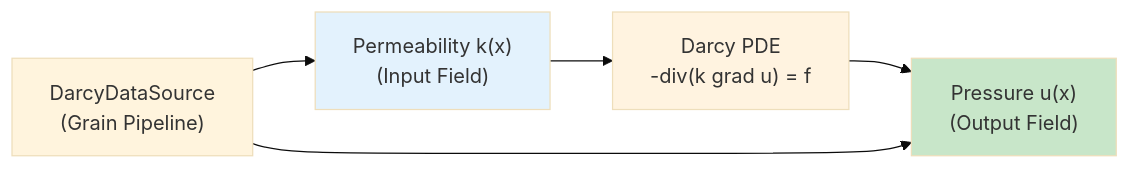
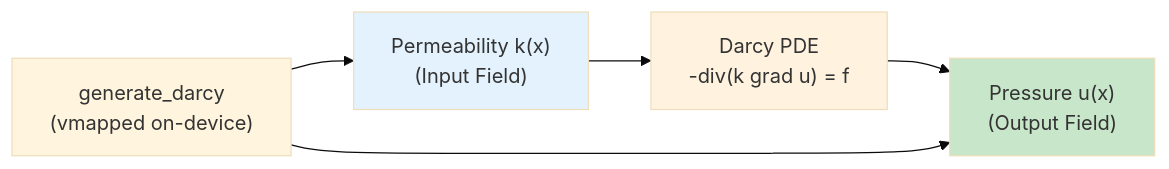
One commit to avitai/opifex changed the diagram in docs/examples/data/darcy-flow-analysis.md. Above: the diagram before and after it, drawn with Mermaid (base theme). The commit also changed other lines of this file and 92 other files, not shown here.

````diff
--- a/docs/examples/data/darcy-flow-analysis.md
+++ b/docs/examples/data/darcy-flow-analysis.md
@@ -63,11 +65,11 @@
 ```mermaid
 graph LR
     A["Permeability k(x)<br/>(Input Field)"] --> B["Darcy PDE<br/>-div(k grad u) = f"]
     B --> C["Pressure u(x)<br/>(Output Field)"]
-    D["DarcyDataSource<br/>(Grain Pipeline)"] --> A
+    D["generate_darcy<br/>(vmapped on-device)"] --> A
     D --> C
 
     style A fill:#e3f2fd
     style C fill:#c8e6c9
     style B fill:#fff3e0
 ```
````
